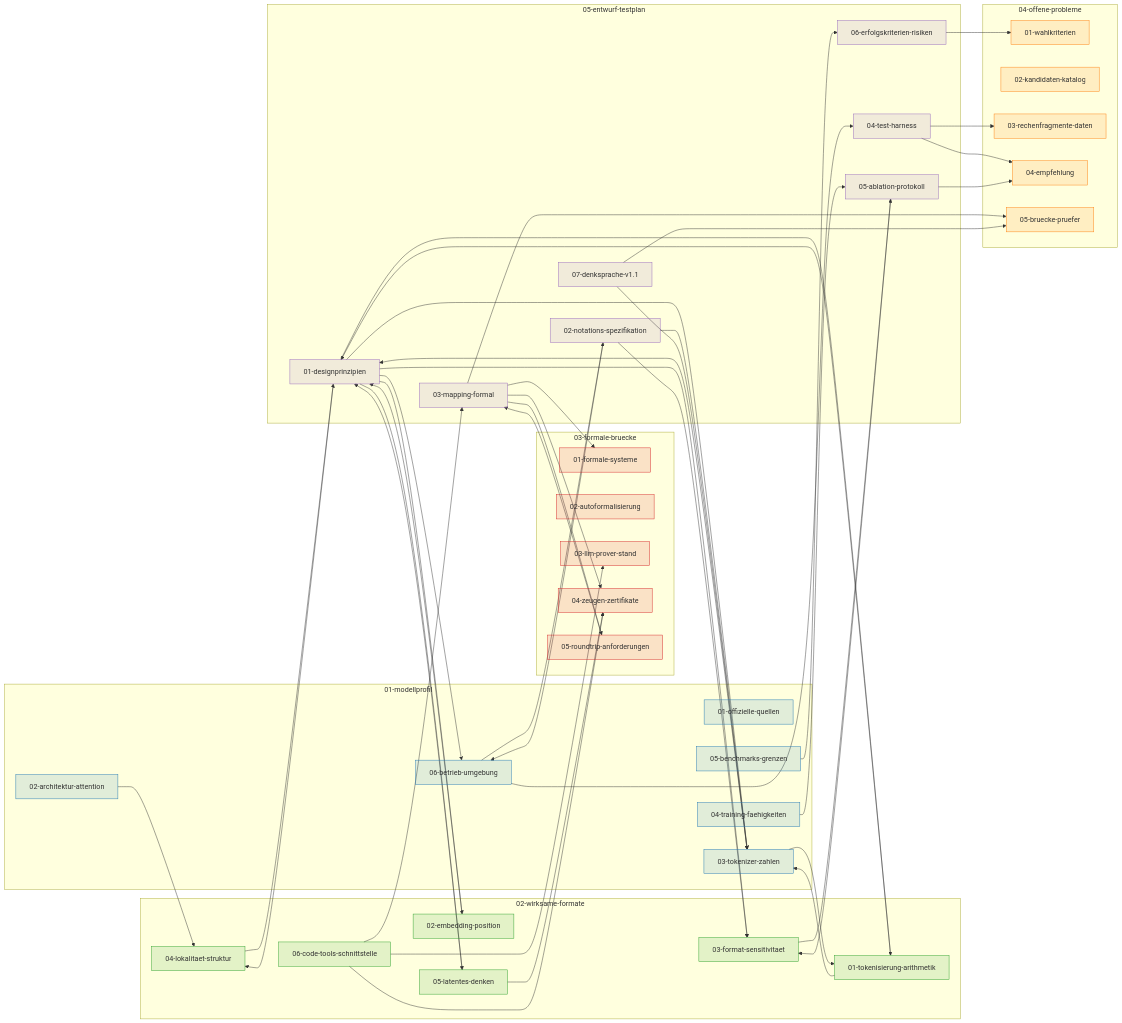
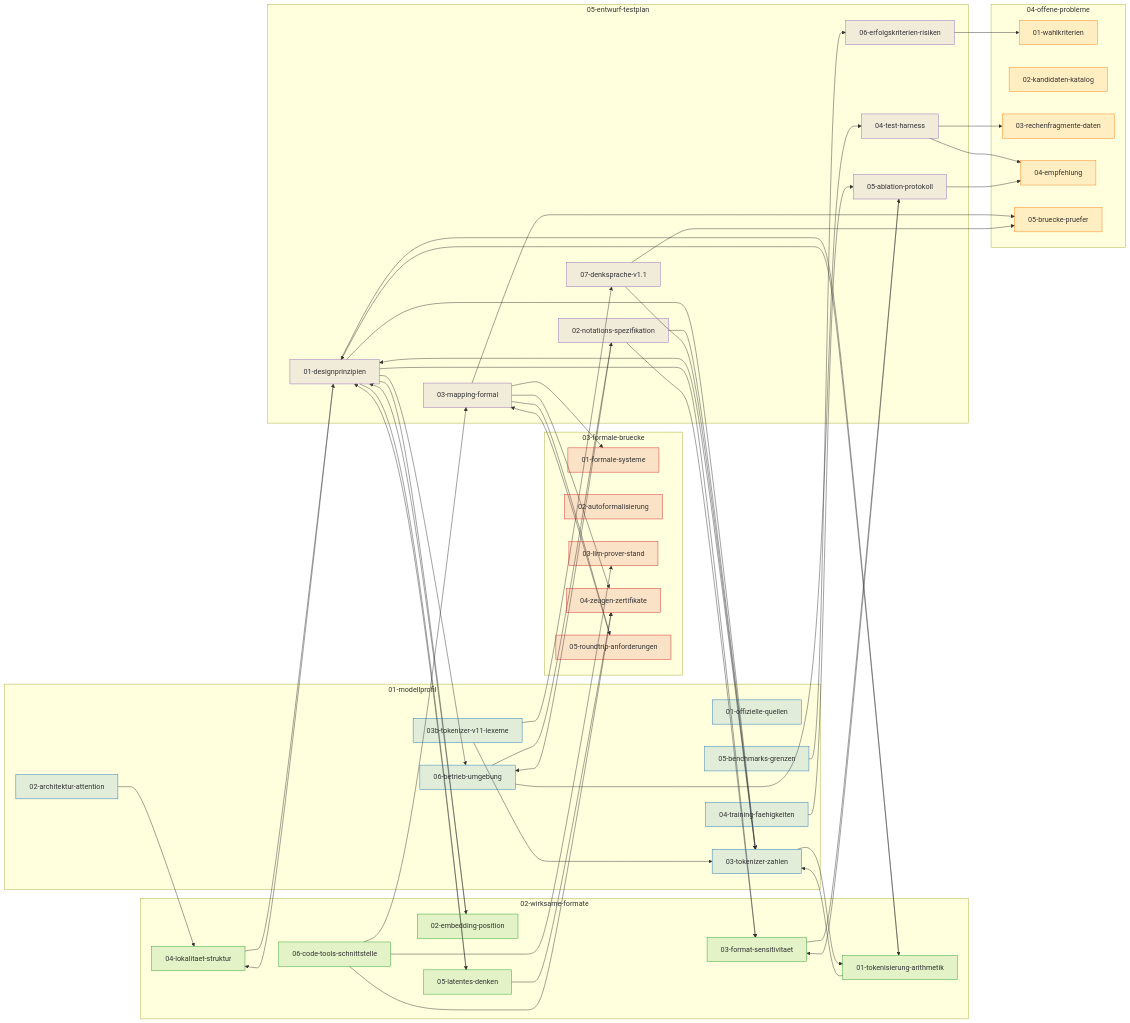
One commit to carsteneu/proofboy changed the diagram in yesdocs/deepseek-math-notation/wiki/INDEX.md. Above: the diagram before and after it, drawn with Mermaid. The commit also changed other lines of this file and 3 other files, not shown here.

Commit message:
docs(deepseek-math-notation): W1 Tokenizer-Sonde V1.1 — Messskript um V1.1-Lexeme erweitert, Rohdaten (168 Zeilen) + Messbericht 01-03b, INDEX aktualisiert

```diff
--- a/yesdocs/deepseek-math-notation/wiki/INDEX.md
+++ b/yesdocs/deepseek-math-notation/wiki/INDEX.md
@@ -34,6 +34,7 @@
     F0101[01-offizielle-quellen]
     F0102[02-architektur-attention]
     F0103[03-tokenizer-zahlen]
+    F0103B[03b-tokenizer-v11-lexeme]
     F0104[04-training-faehigkeiten]
     F0105[05-benchmarks-grenzen]
     F0106[06-betrieb-umgebung]
@@ -108,12 +109,14 @@
   F0506 --> F0401
   F0507 --> F0103
   F0507 --> F0405
+  F0103B --> F0103
+  F0103B --> F0507
   classDef C01 fill:#1f77b422,stroke:#1f77b4,stroke-width:1px
   classDef C02 fill:#2ca02c22,stroke:#2ca02c,stroke-width:1px
   classDef C03 fill:#d6272822,stroke:#d62728,stroke-width:1px
   classDef C04 fill:#ff7f0e22,stroke:#ff7f0e,stroke-width:1px
   classDef C05 fill:#9467bd22,stroke:#9467bd,stroke-width:1px
-  class F0101,F0102,F0103,F0104,F0105,F0106 C01
+  class F0101,F0102,F0103,F0103B,F0104,F0105,F0106 C01
   class F0201,F0202,F0203,F0204,F0205,F0206 C02
   class F0301,F0302,F0303,F0304,F0305 C03
   class F0401,F0402,F0403,F0404,F0405 C04
```
